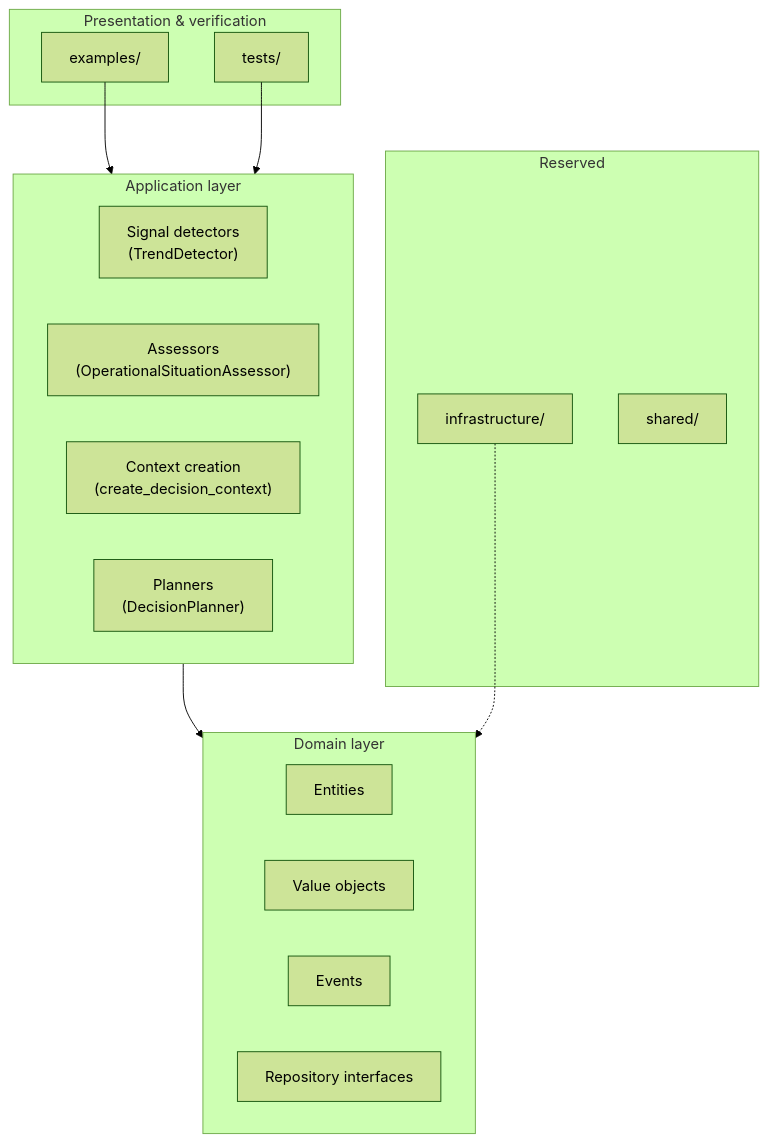
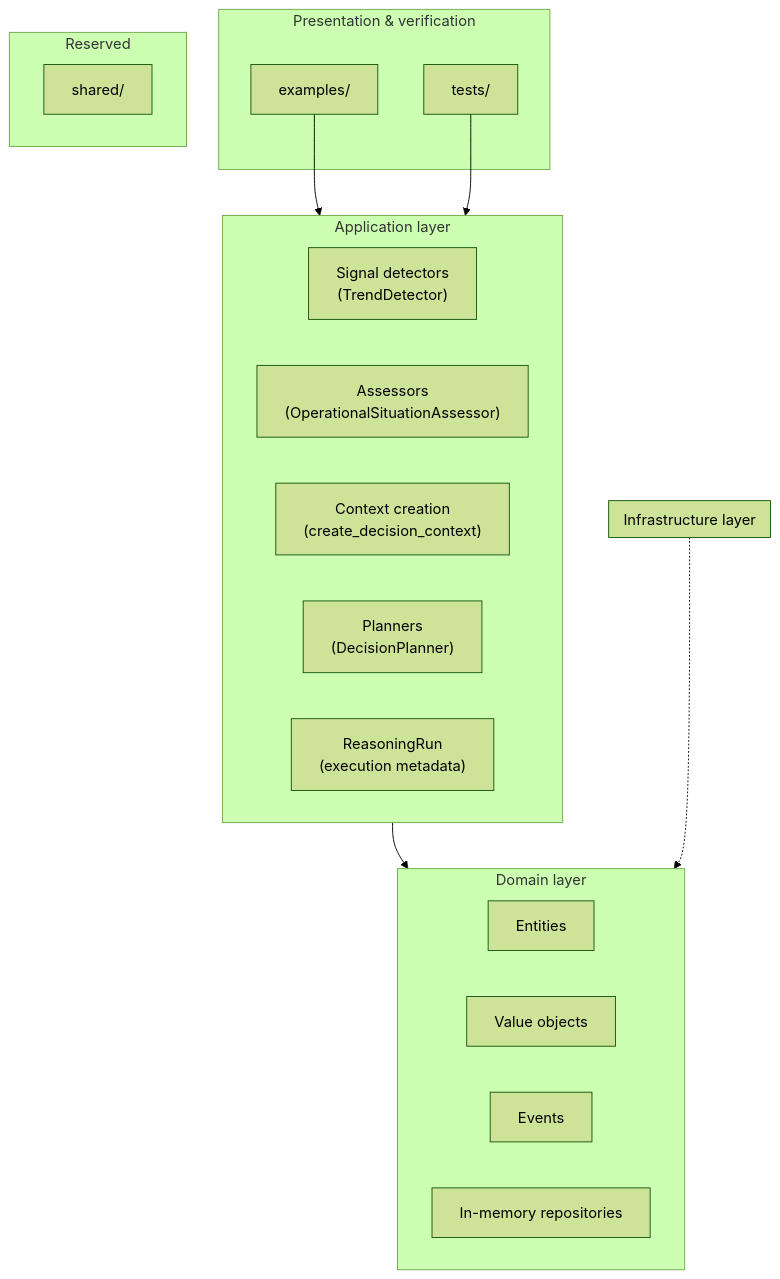
One commit to Saim-naushad/Odis changed the diagram in docs/architecture.md. Above: the diagram before and after it, drawn with Mermaid (forest theme). The commit also changed other lines of this file and 15 other files, not shown here.

````diff
--- a/docs/architecture.md
+++ b/docs/architecture.md
@@ -9,31 +9,35 @@
 ```mermaid
 flowchart TB
     subgraph presentation["Presentation & verification"]
         examples["examples/"]
         tests["tests/"]
     end
 
     subgraph application["Application layer"]
         detectors["Signal detectors\n(TrendDetector)"]
         assessors["Assessors\n(OperationalSituationAssessor)"]
         context["Context creation\n(create_decision_context)"]
         planners["Planners\n(DecisionPlanner)"]
+        reasoningRun["ReasoningRun\n(execution metadata)"]
     end
 
     subgraph domain["Domain layer"]
         entities["Entities"]
         valueObjects["Value objects"]
         events["Events"]
         repositories["Repository interfaces"]
     end
 
     subgraph future["Reserved"]
-        infrastructure["infrastructure/"]
         shared["shared/"]
+    end
+
+    subgraph infrastructure["Infrastructure layer"]
+        repositories["In-memory repositories"]
     end
 
     examples --> application
     tests --> application
     application --> domain
     infrastructure -.-> domain
 ```
````
